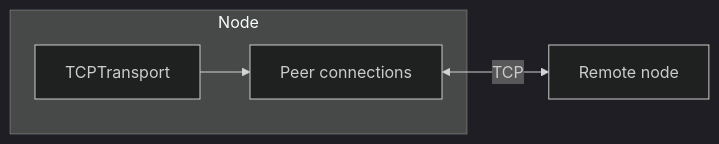
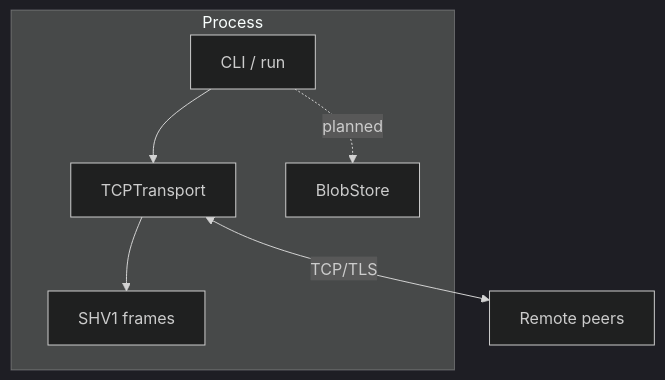
One commit to AliSinaDevelo/StreamHive changed the diagram in README.md. Above: the diagram before and after it, drawn with Mermaid (dark theme). The commit also changed other lines of this file, not shown here.

````diff
--- a/README.md
+++ b/README.md
@@ -26,9 +53,13 @@
 ```mermaid
-flowchart LR
-  subgraph node [Node]
+flowchart TB
+  subgraph app [Process]
+    CLI[CLI / run]
     T[TCPTransport]
-    P[Peer connections]
-    T --> P
+    F[SHV1 frames]
+    S[BlobStore]
+    CLI --> T
+    T --> F
+    CLI -. planned .-> S
   end
-  P <-->|TCP| P2[Remote node]
+  T <-->|TCP/TLS| remote[Remote peers]
 ```
````
